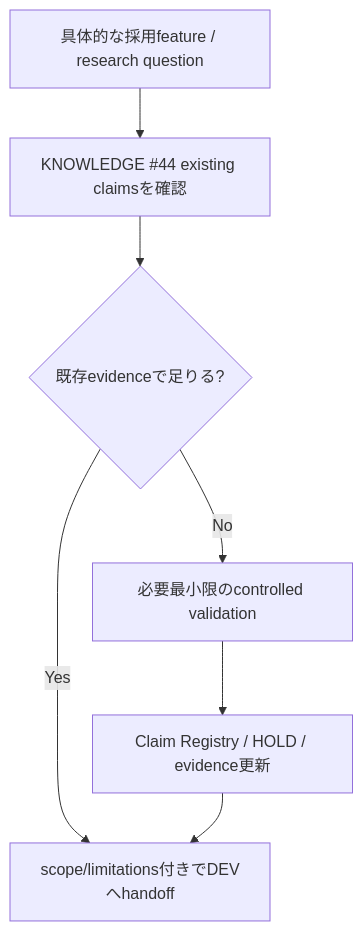
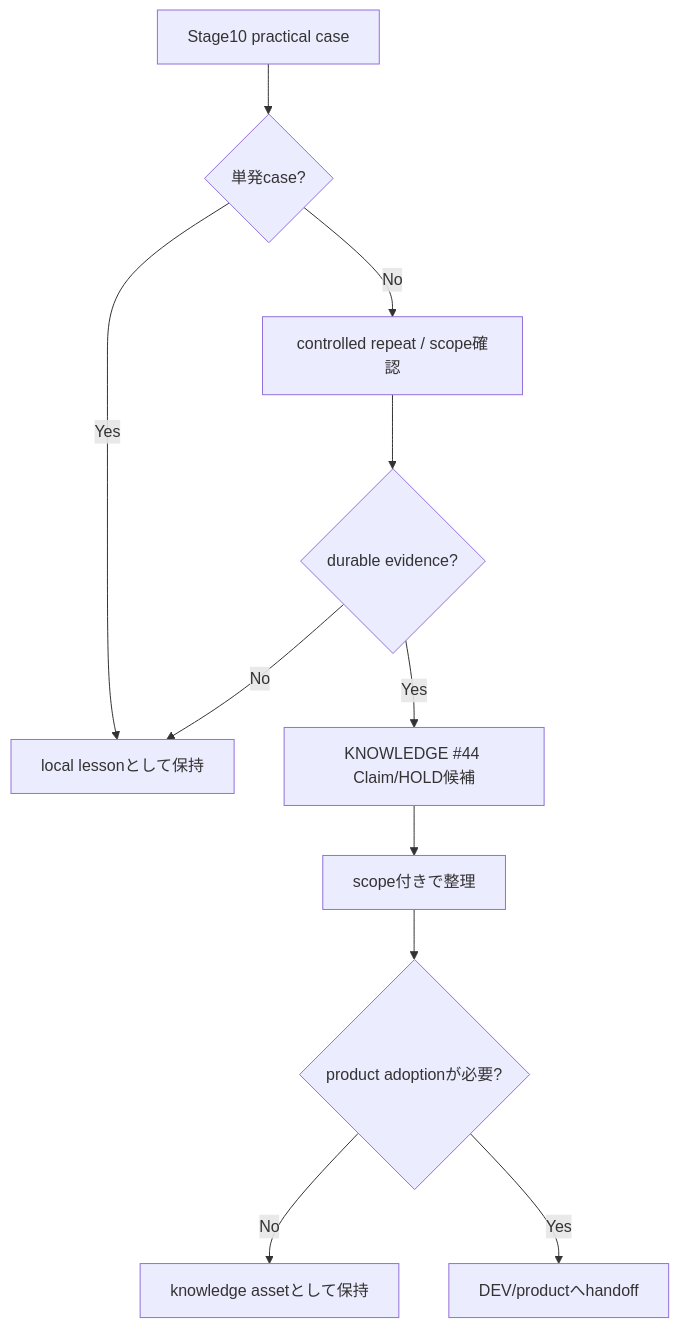
The ninth of 9 diagrams in docs/FLOWCHARTS.md (takasago181/DanbooruTagTool), drawn with Mermaid before and after one commit. The commit also changed other lines of this file, not shown here.

Commit message:
docs: visualize new Stage10 learning flow

````diff
--- a/docs/FLOWCHARTS.md
+++ b/docs/FLOWCHARTS.md
@@ -106,9 +159,13 @@
 ```mermaid
 flowchart TD
- A[具体的な採用feature / research question] --> B[KNOWLEDGE #44 existing claimsを確認]
- B --> C{既存evidenceで足りる?}
- C -- Yes --> D[scope/limitations付きでDEVへhandoff]
- C -- No --> E[必要最小限のcontrolled validation]
- E --> F[Claim Registry / HOLD / evidence更新]
- F --> D
+ A[Stage10 practical case] --> B{単発case?}
+ B -- Yes --> C[local lessonとして保持]
+ B -- No --> D[controlled repeat / scope確認]
+ D --> E{durable evidence?}
+ E -- No --> C
+ E -- Yes --> F[KNOWLEDGE #44 Claim/HOLD候補]
+ F --> G[scope付きで整理]
+ G --> H{product adoptionが必要?}
+ H -- No --> I[knowledge assetとして保持]
+ H -- Yes --> J[DEV/productへhandoff]
 ```
````
